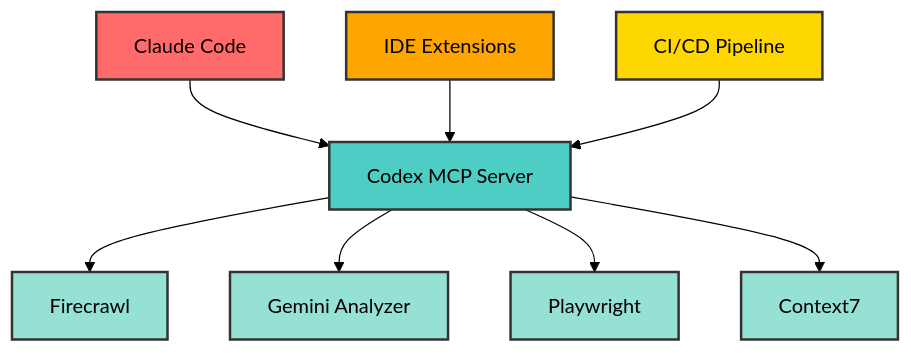
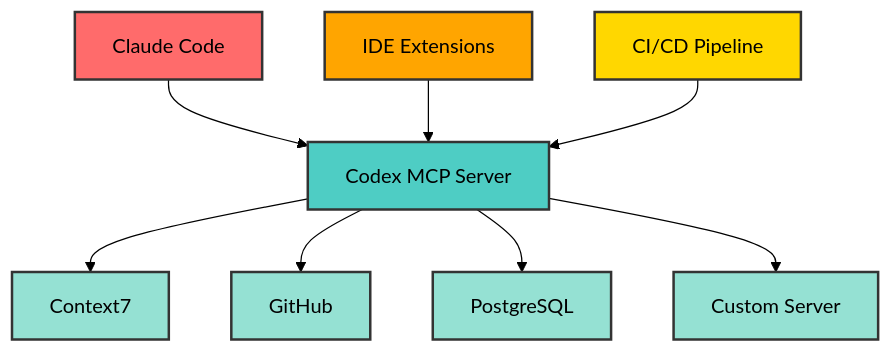
The fifth of 5 diagrams in slides.md (santhoshkumarbs/codex-training), drawn with Mermaid (forest theme) before and after one commit. The commit also changed other lines of this file and 12 other files, not shown here.

````diff
--- a/slides.md
+++ b/slides.md
@@ -1102,20 +1288,20 @@
 ```mermaid
 flowchart TB
     CC[Claude Code] --> CM[Codex MCP Server]
     IDE[IDE Extensions] --> CM
     CI[CI/CD Pipeline] --> CM
 
-    CM --> FC[Firecrawl]
-    CM --> GA[Gemini Analyzer]
-    CM --> PW[Playwright]
     CM --> C7[Context7]
+    CM --> GH[GitHub]
+    CM --> PG[PostgreSQL]
+    CM --> Custom[Custom Server]
 
     style CC fill:#FF6B6B,stroke:#333,stroke-width:2px,color:#000
     style CM fill:#4ECDC4,stroke:#333,stroke-width:2px,color:#000
     style IDE fill:#FFA500,stroke:#333,stroke-width:2px,color:#000
     style CI fill:#FFD700,stroke:#333,stroke-width:2px,color:#000
-    style FC fill:#95E1D3,stroke:#333,stroke-width:2px,color:#000
-    style GA fill:#95E1D3,stroke:#333,stroke-width:2px,color:#000
-    style PW fill:#95E1D3,stroke:#333,stroke-width:2px,color:#000
     style C7 fill:#95E1D3,stroke:#333,stroke-width:2px,color:#000
+    style GH fill:#95E1D3,stroke:#333,stroke-width:2px,color:#000
+    style PG fill:#95E1D3,stroke:#333,stroke-width:2px,color:#000
+    style Custom fill:#95E1D3,stroke:#333,stroke-width:2px,color:#000
 ```
````
